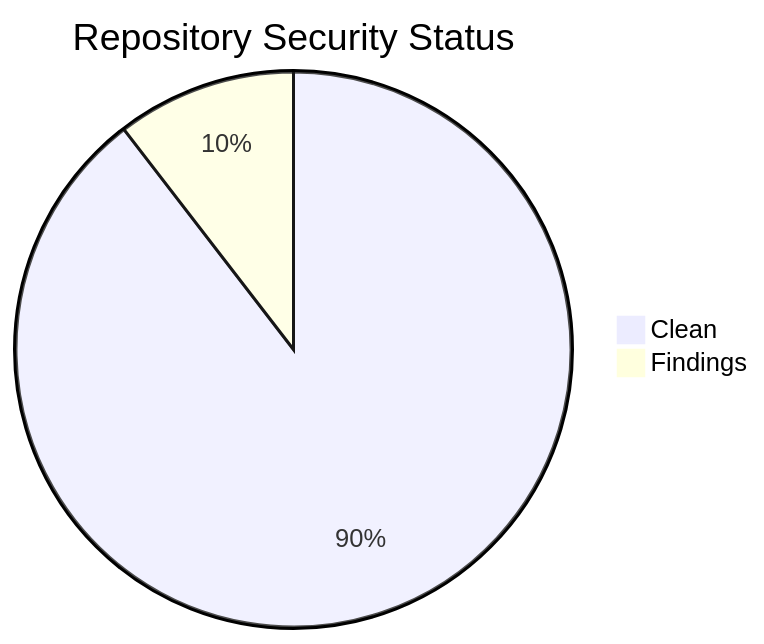
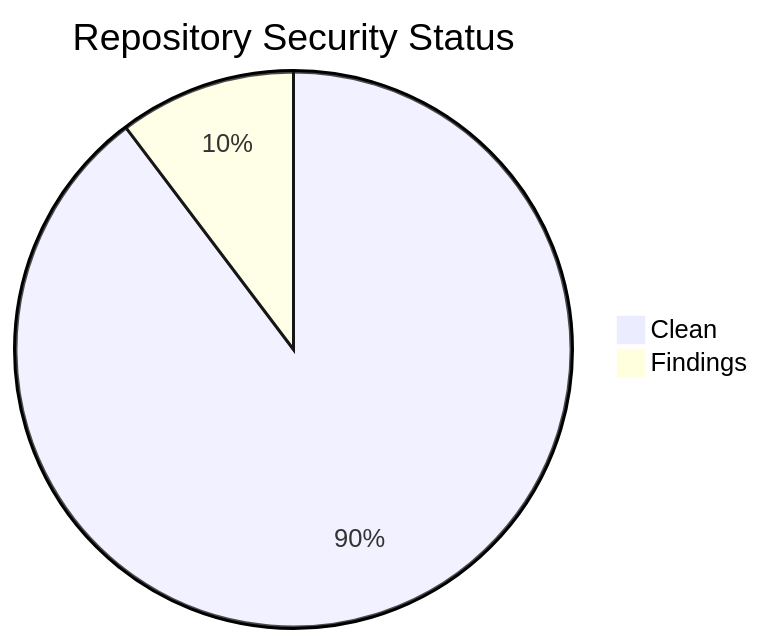
The second of 2 diagrams in projects/status.md (icepaule/icepaule.github.io), drawn with Mermaid before and after one commit. The commit also changed other lines of this file and 60 other files, not shown here.

````diff
--- a/projects/status.md
+++ b/projects/status.md
@@ -130,5 +131,5 @@
 ```mermaid
 pie title Repository Security Status
-    "Clean" : 60
+    "Clean" : 61
     "Findings" : 7
 ```
````
